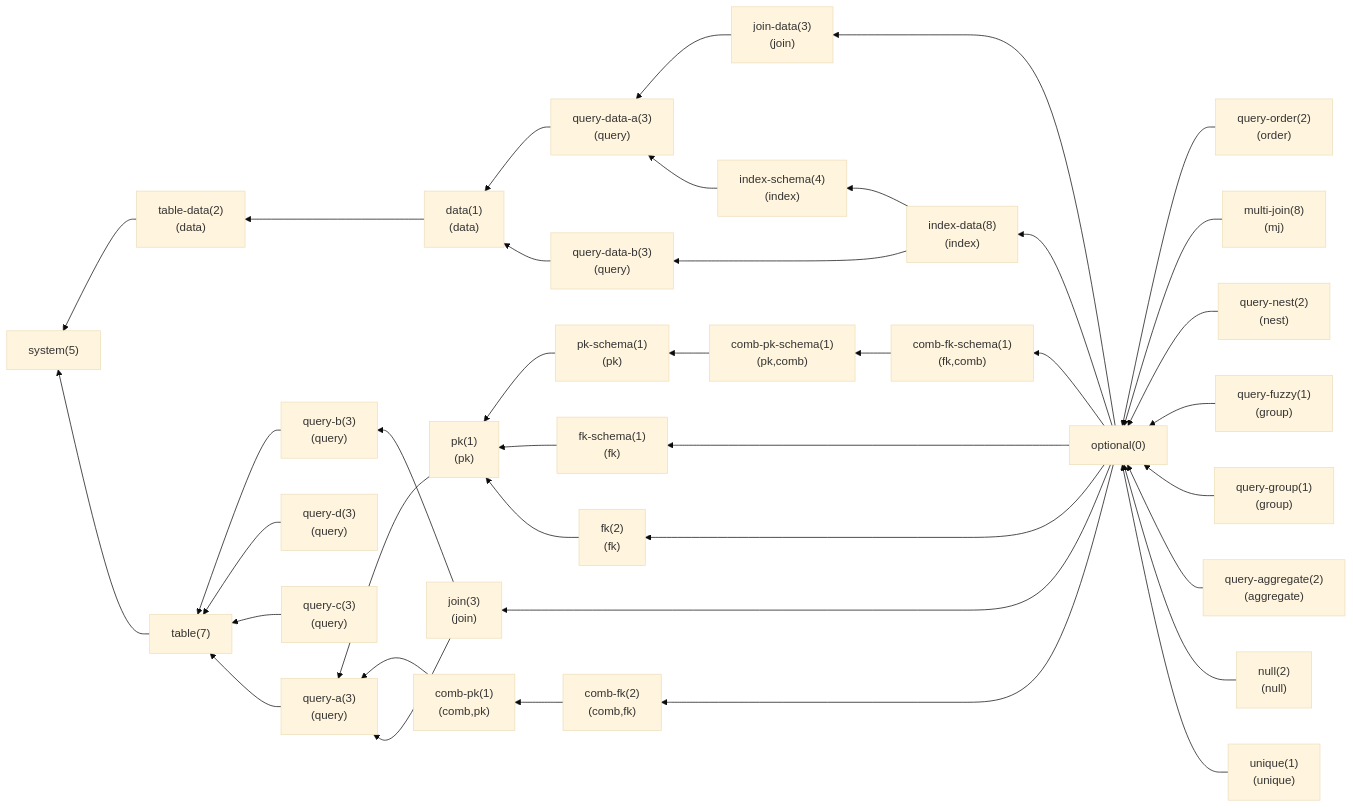
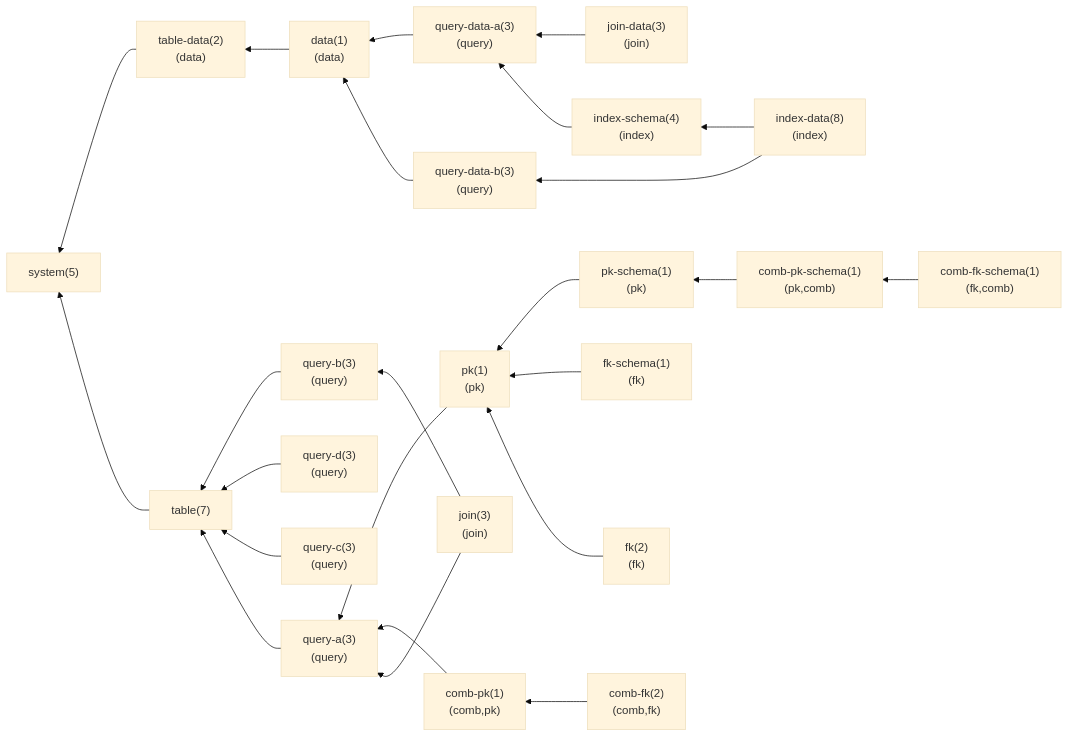
One commit to thu-db/dbs-tutorial changed the first of 2 diagrams in docs/ci.md. Above: the diagram before and after it, drawn with Mermaid (base theme). The commit also changed 1 other file, not shown here.

Commit message:
Update testcases graph

````diff
--- a/docs/ci.md
+++ b/docs/ci.md
@@ -36,18 +38,12 @@
 (pk)"]
     query-b["query-b(3)
 (query)"]
-    query-order["query-order(2)
-(order)"]
     comb-pk["comb-pk(1)
 (comb,pk)"]
-    multi-join["multi-join(8)
-(mj)"]
     query-d["query-d(3)
 (query)"]
     comb-fk-schema["comb-fk-schema(1)
 (fk,comb)"]
-    query-nest["query-nest(2)
-(nest)"]
     index-data["index-data(8)
 (index)"]
     pk-schema["pk-schema(1)
@@ -62,23 +58,13 @@
 (join)"]
     join-data["join-data(3)
 (join)"]
-    query-fuzzy["query-fuzzy(1)
-(group)"]
-    query-group["query-group(1)
-(group)"]
     query-a["query-a(3)
 (query)"]
     table-data["table-data(2)
 (data)"]
-    query-aggregate["query-aggregate(2)
-(aggregate)"]
     query-data-a["query-data-a(3)
 (query)"]
-    null["null(2)
-(null)"]
     system["system(5)"]
-    unique["unique(1)
-(unique)"]
     fk["fk(2)
 (fk)"]
     index-schema["index-schema(4)
@@ -88,16 +74,12 @@
     query-data-b["query-data-b(3)
 (query)"]
     table["table(7)"]
-    optional["optional(0)"]
     data --> table-data
     pk --> query-a
     query-b --> table
-    query-order --> optional
     comb-pk --> query-a
-    multi-join --> optional
     query-d --> table
     comb-fk-schema --> comb-pk-schema
-    query-nest --> optional
     index-data --> query-data-b
     index-data --> index-schema
     pk-schema --> pk
@@ -107,24 +89,12 @@
     join --> query-a
     join --> query-b
     join-data --> query-data-a
-    query-fuzzy --> optional
-    query-group --> optional
     query-a --> table
     table-data --> system
-    query-aggregate --> optional
     query-data-a --> data
-    null --> optional
-    unique --> optional
     fk --> pk
     index-schema --> query-data-a
     comb-fk --> comb-pk
     query-data-b --> data
     table --> system
-    optional --> join
-    optional --> join-data
-    optional --> index-data
-    optional --> comb-fk-schema
-    optional --> fk-schema
-    optional --> fk
-    optional --> comb-fk
 ```
````
